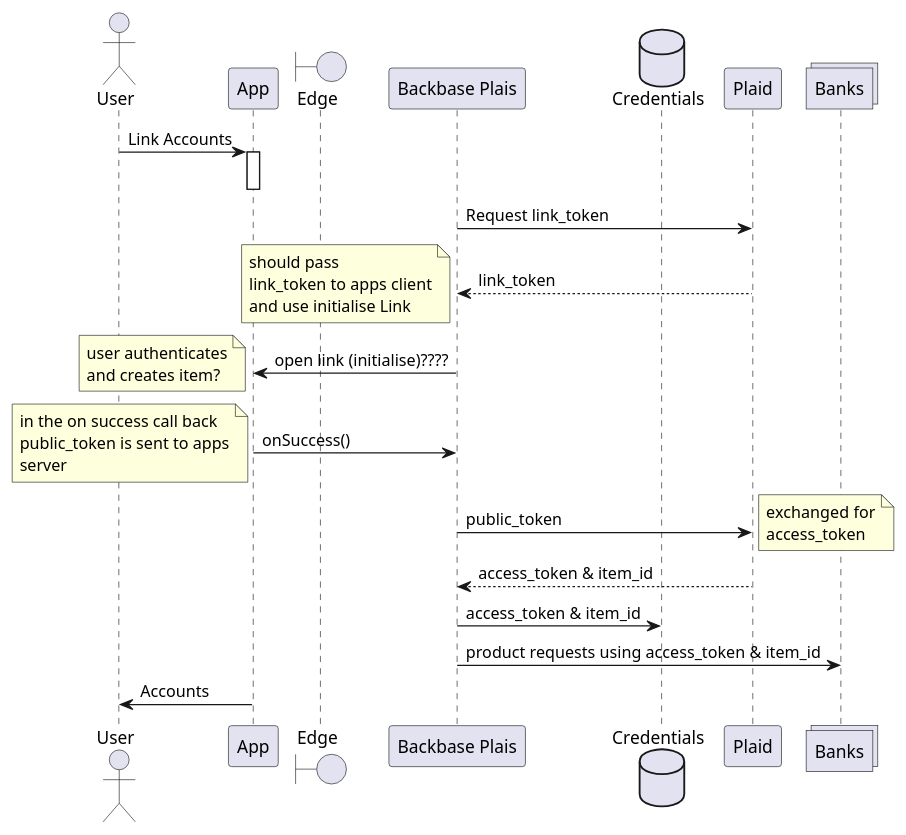
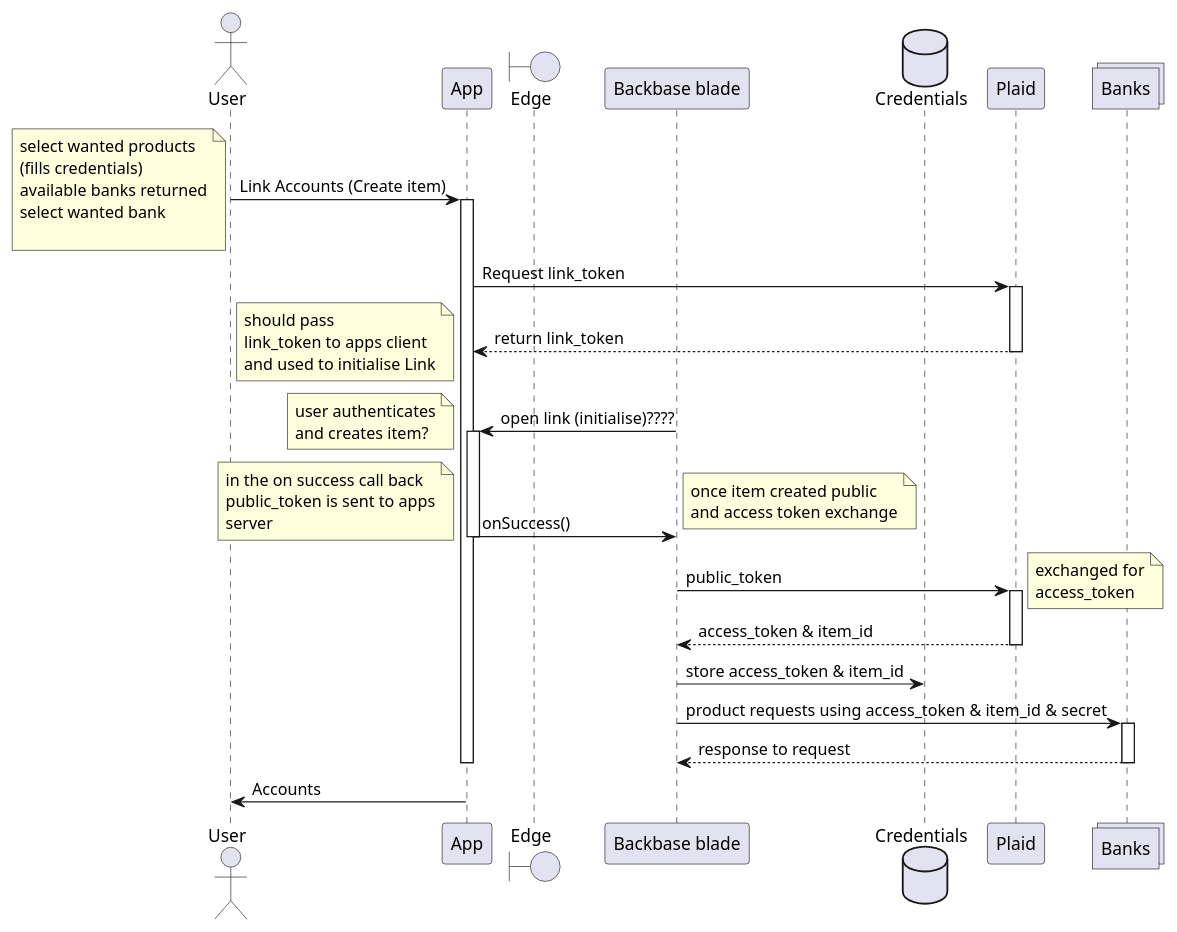
Before and after one commit to fnxpt/backbase-plaid: the diagram in docs/plaid.puml, drawn with PlantUML.

Commit message:
Start on sequence, no idea if correct, go into more detail tomorrow

```diff
--- a/docs/plaid.puml
+++ b/docs/plaid.puml
@@ -1,52 +1,74 @@
 @startuml
 
 
 actor User as U
 participant App as A
 boundary Edge as E
-participant "Backbase Plais" as BP
+participant "Backbase blade" as BB
 database Credentials as C
 participant Plaid as P
 collections Banks
 
 
-U -> A: Link Accounts
+U -> A: Link Accounts (Create item)
+note left
+select wanted products
+(fills credentials)
+available banks returned
+select wanted bank
 
+end note
 activate A
 
+A->P: Request link_token
+activate P
+P-->A:return link_token
+deactivate P
 
-
-deactivate A
-BP->P: Request link_token
-P-->BP:link_token
 note left
 should pass
 link_token to apps client
-and use initialise Link
+and used to initialise Link
 end note
-BP->A:open link (initialise)????
+
+BB->A:open link (initialise)????
+activate A
+
 note left
 user authenticates
 and creates item?
 end note
 
-A->BP:onSuccess()
+A->BB:onSuccess()
+note right
+once item created public
+and access token exchange
+end note
+deactivate A
+
 note left
 in the on success call back
 public_token is sent to apps
 server
 end note
-BP->P: public_token
+
+BB->P: public_token
+activate P
 
 note right
 exchanged for
 access_token
 end note
-P-->BP: access_token & item_id
 
-BP->C: access_token & item_id
-BP->Banks:product requests using access_token & item_id
+P-->BB: access_token & item_id
+deactivate P
+
+BB->C: store access_token & item_id
+BB->Banks:product requests using access_token & item_id & secret
+activate Banks
+Banks--> BB: response to request
+deactivate Banks
+deactivate A
 A -> U: Accounts
 
-
 @enduml
```
